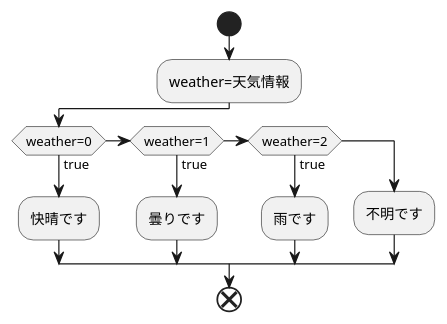
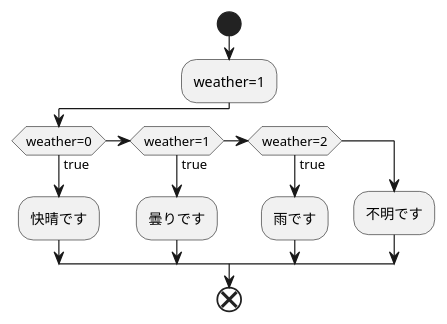
Before and after one commit to Aso2001195/2021sys-design: the diagram in kadai3.md, drawn with PlantUML.

```diff
--- a/kadai3.md
+++ b/kadai3.md
@@ -2,16 +2,16 @@
 @startuml
 start
-:weather=天気情報;
+:weather=1;
 
 if(weather=0)then(true)
 :快晴です;
 elseif(weather=1)then(true)
 :曇りです;
 elseif(weather=2)then(true)
 :雨です;
 else
 :不明です;
 endif
 
 end
 @enduml
```
